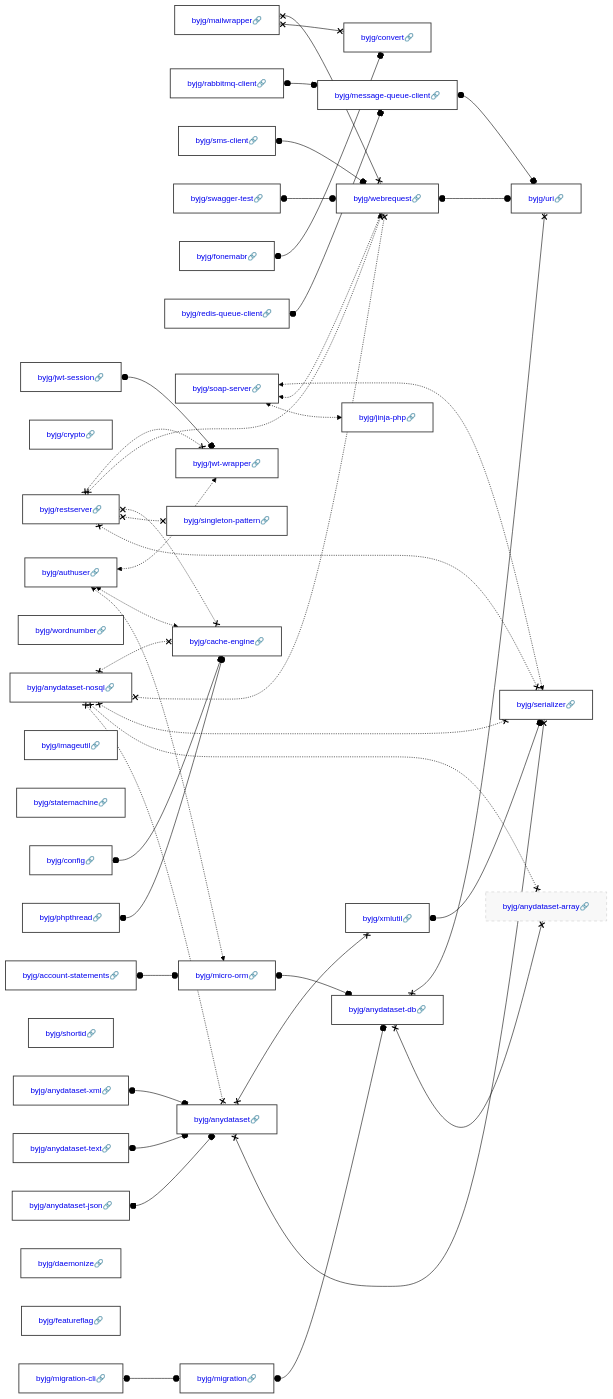
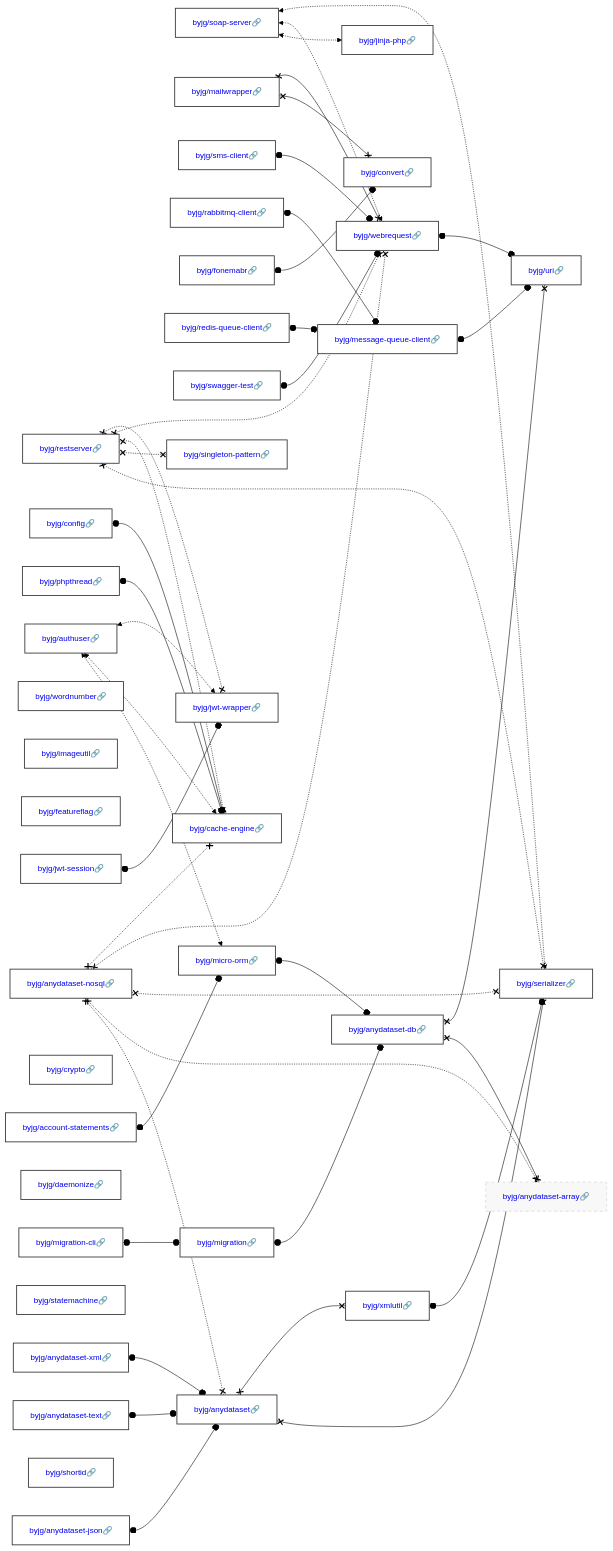
One commit to byjg/byjg.github.io changed the diagram in docs/php/README.md. Above: the diagram before and after it, drawn with Mermaid (forest theme). The commit also changed other lines of this file and 1 other file, not shown here.

Commit message:
Update documentation 'php' 'php-webrequest'

````diff
--- a/docs/php/README.md
+++ b/docs/php/README.md
@@ -3,45 +3,45 @@
 ```mermaid
 graph LR;
+  byjg/soap-server[<a href='https://opensource.byjg.com/docs/php/soap-server' style='text-decoration:none'>byjg/soap-server🔗</a>];
   byjg/restserver[<a href='https://opensource.byjg.com/docs/php/restserver' style='text-decoration:none'>byjg/restserver🔗</a>];
+  byjg/anydataset-json[<a href='https://opensource.byjg.com/docs/php/anydataset-json' style='text-decoration:none'>byjg/anydataset-json🔗</a>];
+  byjg/anydataset-xml[<a href='https://opensource.byjg.com/docs/php/anydataset-xml' style='text-decoration:none'>byjg/anydataset-xml🔗</a>];
   byjg/mailwrapper[<a href='https://opensource.byjg.com/docs/php/mailwrapper' style='text-decoration:none'>byjg/mailwrapper🔗</a>];
+  byjg/authuser[<a href='https://opensource.byjg.com/docs/php/authuser' style='text-decoration:none'>byjg/authuser🔗</a>];
+  byjg/wordnumber[<a href='https://opensource.byjg.com/docs/php/wordnumber' style='text-decoration:none'>byjg/wordnumber🔗</a>];
+  byjg/sms-client[<a href='https://opensource.byjg.com/docs/php/sms-client' style='text-decoration:none'>byjg/sms-client🔗</a>];
+  byjg/imageutil[<a href='https://opensource.byjg.com/docs/php/imageutil' style='text-decoration:none'>byjg/imageutil🔗</a>];
+  byjg/featureflag[<a href='https://opensource.byjg.com/docs/php/featureflag' style='text-decoration:none'>byjg/featureflag🔗</a>];
+  byjg/anydataset-text[<a href='https://opensource.byjg.com/docs/php/anydataset-text' style='text-decoration:none'>byjg/anydataset-text🔗</a>];
+  byjg/account-statements[<a href='https://opensource.byjg.com/docs/php/account-statements' style='text-decoration:none'>byjg/account-statements🔗</a>];
   byjg/crypto[<a href='https://opensource.byjg.com/docs/php/crypto' style='text-decoration:none'>byjg/crypto🔗</a>];
   byjg/phpthread[<a href='https://opensource.byjg.com/docs/php/phpthread' style='text-decoration:none'>byjg/phpthread🔗</a>];
   byjg/rabbitmq-client[<a href='https://opensource.byjg.com/docs/php/rabbitmq-client' style='text-decoration:none'>byjg/rabbitmq-client🔗</a>];
+  byjg/fonemabr[<a href='https://opensource.byjg.com/docs/php/fonemabr' style='text-decoration:none'>byjg/fonemabr🔗</a>];
+  byjg/daemonize[<a href='https://opensource.byjg.com/docs/php/daemonize' style='text-decoration:none'>byjg/daemonize🔗</a>];
   byjg/config[<a href='https://opensource.byjg.com/docs/php/config' style='text-decoration:none'>byjg/config🔗</a>];
-  byjg/wordnumber[<a href='https://opensource.byjg.com/docs/php/wordnumber' style='text-decoration:none'>byjg/wordnumber🔗</a>];
-  byjg/account-statements[<a href='https://opensource.byjg.com/docs/php/account-statements' style='text-decoration:none'>byjg/account-statements🔗</a>];
-  byjg/sms-client[<a href='https://opensource.byjg.com/docs/php/sms-client' style='text-decoration:none'>byjg/sms-client🔗</a>];
-  byjg/imageutil[<a href='https://opensource.byjg.com/docs/php/imageutil' style='text-decoration:none'>byjg/imageutil🔗</a>];
   byjg/statemachine[<a href='https://opensource.byjg.com/docs/php/statemachine' style='text-decoration:none'>byjg/statemachine🔗</a>];
+  byjg/anydataset-nosql[<a href='https://opensource.byjg.com/docs/php/anydataset-nosql' style='text-decoration:none'>byjg/anydataset-nosql🔗</a>];
+  byjg/jwt-session[<a href='https://opensource.byjg.com/docs/php/jwt-session' style='text-decoration:none'>byjg/jwt-session🔗</a>];
+  byjg/redis-queue-client[<a href='https://opensource.byjg.com/docs/php/redis-queue-client' style='text-decoration:none'>byjg/redis-queue-client🔗</a>];
+  byjg/shortid[<a href='https://opensource.byjg.com/docs/php/shortid' style='text-decoration:none'>byjg/shortid🔗</a>];
   byjg/swagger-test[<a href='https://opensource.byjg.com/docs/php/swagger-test' style='text-decoration:none'>byjg/swagger-test🔗</a>];
   byjg/migration-cli[<a href='https://opensource.byjg.com/docs/php/migration-cli' style='text-decoration:none'>byjg/migration-cli🔗</a>];
-  byjg/fonemabr[<a href='https://opensource.byjg.com/docs/php/fonemabr' style='text-decoration:none'>byjg/fonemabr🔗</a>];
-  byjg/anydataset-json[<a href='https://opensource.byjg.com/docs/php/anydataset-json' style='text-decoration:none'>byjg/anydataset-json🔗</a>];
-  byjg/jwt-session[<a href='https://opensource.byjg.com/docs/php/jwt-session' style='text-decoration:none'>byjg/jwt-session🔗</a>];
-  byjg/shortid[<a href='https://opensource.byjg.com/docs/php/shortid' style='text-decoration:none'>byjg/shortid🔗</a>];
-  byjg/redis-queue-client[<a href='https://opensource.byjg.com/docs/php/redis-queue-client' style='text-decoration:none'>byjg/redis-queue-client🔗</a>];
-  byjg/authuser[<a href='https://opensource.byjg.com/docs/php/authuser' style='text-decoration:none'>byjg/authuser🔗</a>];
-  byjg/anydataset-xml[<a href='https://opensource.byjg.com/docs/php/anydataset-xml' style='text-decoration:none'>byjg/anydataset-xml🔗</a>];
-  byjg/anydataset-text[<a href='https://opensource.byjg.com/docs/php/anydataset-text' style='text-decoration:none'>byjg/anydataset-text🔗</a>];
-  byjg/daemonize[<a href='https://opensource.byjg.com/docs/php/daemonize' style='text-decoration:none'>byjg/daemonize🔗</a>];
-  byjg/featureflag[<a href='https://opensource.byjg.com/docs/php/featureflag' style='text-decoration:none'>byjg/featureflag🔗</a>];
-  byjg/soap-server[<a href='https://opensource.byjg.com/docs/php/soap-server' style='text-decoration:none'>byjg/soap-server🔗</a>];
-  byjg/anydataset-nosql[<a href='https://opensource.byjg.com/docs/php/anydataset-nosql' style='text-decoration:none'>byjg/anydataset-nosql🔗</a>];
+  byjg/jinja-php[<a href='https://opensource.byjg.com/docs/php/jinja-php' style='text-decoration:none'>byjg/jinja-php🔗</a>];
   byjg/singleton-pattern[<a href='https://opensource.byjg.com/docs/php/singleton-pattern' style='text-decoration:none'>byjg/singleton-pattern🔗</a>];
+  byjg/micro-orm[<a href='https://opensource.byjg.com/docs/php/micro-orm' style='text-decoration:none'>byjg/micro-orm🔗</a>];
+  byjg/convert[<a href='https://opensource.byjg.com/docs/php/convert' style='text-decoration:none'>byjg/convert🔗</a>];
+  byjg/anydataset[<a href='https://opensource.byjg.com/docs/php/anydataset' style='text-decoration:none'>byjg/anydataset🔗</a>];
+  byjg/cache-engine[<a href='https://opensource.byjg.com/docs/php/cache-engine' style='text-decoration:none'>byjg/cache-engine🔗</a>];
+  byjg/jwt-wrapper[<a href='https://opensource.byjg.com/docs/php/jwt-wrapper' style='text-decoration:none'>byjg/jwt-wrapper🔗</a>];
+  byjg/message-queue-client[<a href='https://opensource.byjg.com/docs/php/message-queue-client' style='text-decoration:none'>byjg/message-queue-client🔗</a>];
+  byjg/webrequest[<a href='https://opensource.byjg.com/docs/php/webrequest' style='text-decoration:none'>byjg/webrequest🔗</a>];
   byjg/migration[<a href='https://opensource.byjg.com/docs/php/migration' style='text-decoration:none'>byjg/migration🔗</a>];
-  byjg/convert[<a href='https://opensource.byjg.com/docs/php/convert' style='text-decoration:none'>byjg/convert🔗</a>];
-  byjg/message-queue-client[<a href='https://opensource.byjg.com/docs/php/message-queue-client' style='text-decoration:none'>byjg/message-queue-client🔗</a>];
-  byjg/micro-orm[<a href='https://opensource.byjg.com/docs/php/micro-orm' style='text-decoration:none'>byjg/micro-orm🔗</a>];
-  byjg/jwt-wrapper[<a href='https://opensource.byjg.com/docs/php/jwt-wrapper' style='text-decoration:none'>byjg/jwt-wrapper🔗</a>];
-  byjg/jinja-php[<a href='https://opensource.byjg.com/docs/php/jinja-php' style='text-decoration:none'>byjg/jinja-php🔗</a>];
-  byjg/anydataset[<a href='https://opensource.byjg.com/docs/php/anydataset' style='text-decoration:none'>byjg/anydataset🔗</a>];
-  byjg/webrequest[<a href='https://opensource.byjg.com/docs/php/webrequest' style='text-decoration:none'>byjg/webrequest🔗</a>];
-  byjg/cache-engine[<a href='https://opensource.byjg.com/docs/php/cache-engine' style='text-decoration:none'>byjg/cache-engine🔗</a>];
+  byjg/xmlutil[<a href='https://opensource.byjg.com/docs/php/xmlutil' style='text-decoration:none'>byjg/xmlutil🔗</a>];
   byjg/anydataset-db[<a href='https://opensource.byjg.com/docs/php/anydataset-db' style='text-decoration:none'>byjg/anydataset-db🔗</a>];
-  byjg/xmlutil[<a href='https://opensource.byjg.com/docs/php/xmlutil' style='text-decoration:none'>byjg/xmlutil🔗</a>];
+  byjg/serializer[<a href='https://opensource.byjg.com/docs/php/serializer' style='text-decoration:none'>byjg/serializer🔗</a>];
   byjg/anydataset-array[<a href='https://opensource.byjg.com/docs/php/anydataset-array' style='text-decoration:none'>byjg/anydataset-array🔗</a>];
   byjg/uri[<a href='https://opensource.byjg.com/docs/php/uri' style='text-decoration:none'>byjg/uri🔗</a>];
-  byjg/serializer[<a href='https://opensource.byjg.com/docs/php/serializer' style='text-decoration:none'>byjg/serializer🔗</a>];
   byjg/xmlutil o--o byjg/serializer;
   byjg/rabbitmq-client o--o byjg/message-queue-client;
   byjg/migration o--o byjg/anydataset-db;
````
